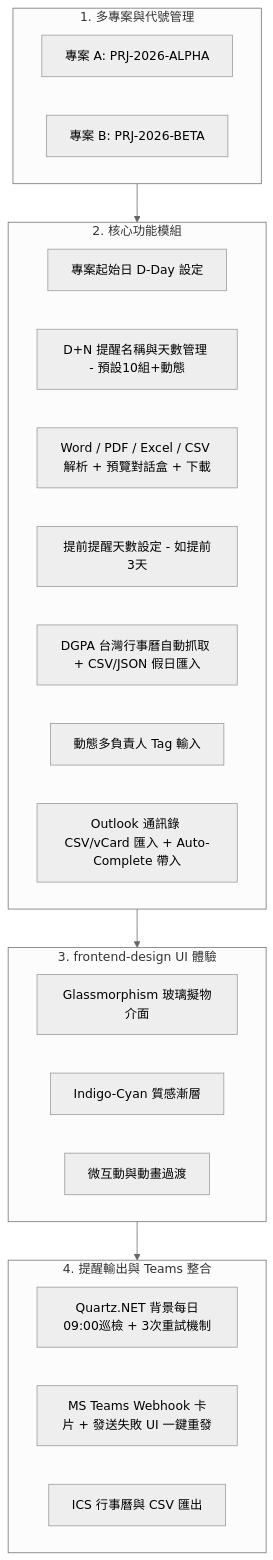
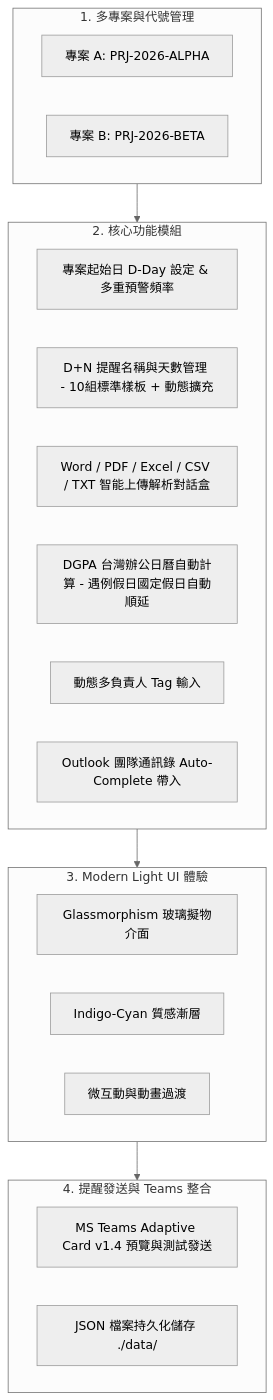
Before and after one commit to zearcehuang/report_reminder_system: the first of 2 diagrams in implementation_plan.md, drawn with Mermaid (neutral theme). The commit also changed other lines of this file, not shown here.

Commit message:
feat: initialize frontend distribution build with base styling and UI structure

````diff
--- a/implementation_plan.md
+++ b/implementation_plan.md
@@ -35,33 +43,31 @@
 ```mermaid
 graph TD
     subgraph MultiProject [1. 多專案與代號管理]
         ProjA[專案 A: PRJ-2026-ALPHA]
         ProjB[專案 B: PRJ-2026-BETA]
     end
 
     subgraph CoreFeatures [2. 核心功能模組]
-        DDay[專案起始日 D-Day 設定]
-        Rules[D+N 提醒名稱與天數管理 - 預設10組+動態]
-        DocParse[Word / PDF / Excel / CSV 解析 + 預覽對話盒 + 下載]
-        Advance[提前提醒天數設定 - 如提前3天]
-        HolidayService[DGPA 台灣行事曆自動抓取 + CSV/JSON 假日匯入]
+        DDay[專案起始日 D-Day 設定 & 多重預警頻率]
+        Rules[D+N 提醒名稱與天數管理 - 10組標準樣板 + 動態擴充]
+        DocParse[Word / PDF / Excel / CSV / TXT 智能上傳解析對話盒]
+        HolidayService[DGPA 台灣辦公日曆自動計算 - 遇例假日國定假日自動順延]
         MultiOwner[動態多負責人 Tag 輸入]
-        OutlookContact[Outlook 通訊錄 CSV/vCard 匯入 + Auto-Complete 帶入]
+        OutlookContact[Outlook 團隊通訊錄 Auto-Complete 帶入]
     end
 
-    subgraph UITheme ["3. frontend-design UI 體驗"]
+    subgraph UITheme ["3. Modern Light UI 體驗"]
         Glass[Glassmorphism 玻璃擬物介面]
         Gradient[Indigo-Cyan 質感漸層]
         Motion[微互動與動畫過渡]
     end
 
-    subgraph Output [4. 提醒輸出與 Teams 整合]
-        Scheduler[Quartz.NET 背景每日09:00巡檢 + 3次重試機制]
-        Teams[MS Teams Webhook 卡片 + 發送失敗 UI 一鍵重發]
-        Export[ICS 行事曆與 CSV 匯出]
+    subgraph Output [4. 提醒發送與 Teams 整合]
+        Teams[MS Teams Adaptive Card v1.4 預覽與測試發送]
+        JSONStorage[JSON 檔案持久化儲存 ./data/]
     end
 
     MultiProject --> CoreFeatures
     CoreFeatures --> UITheme
     UITheme --> Output
 ```
````
